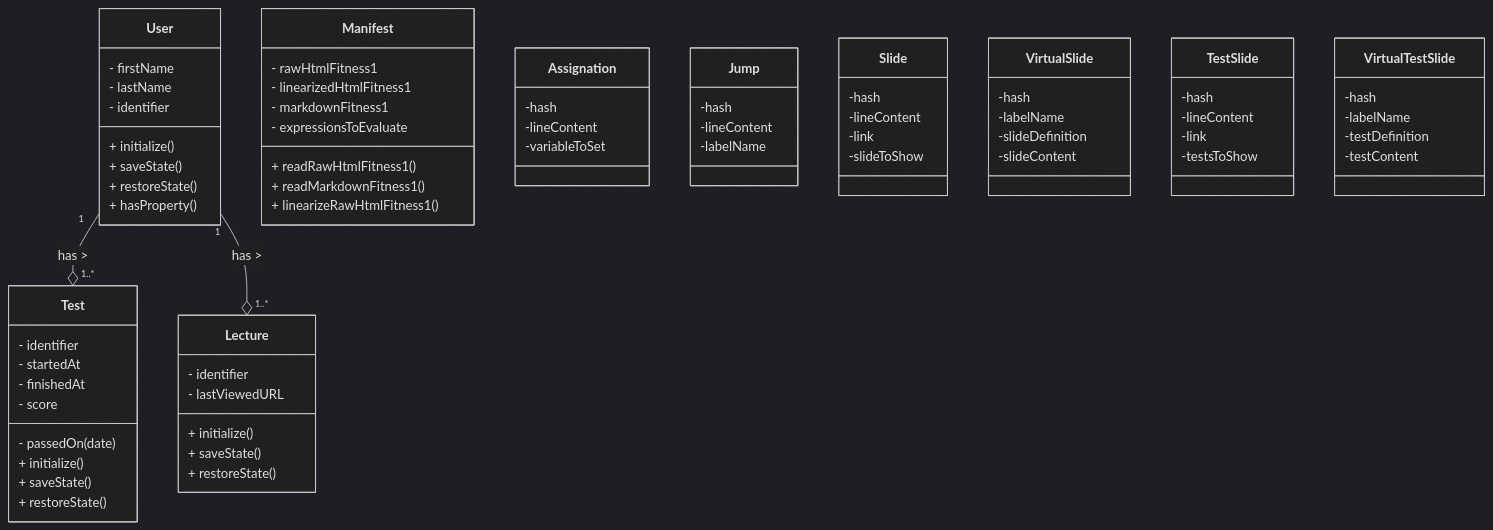
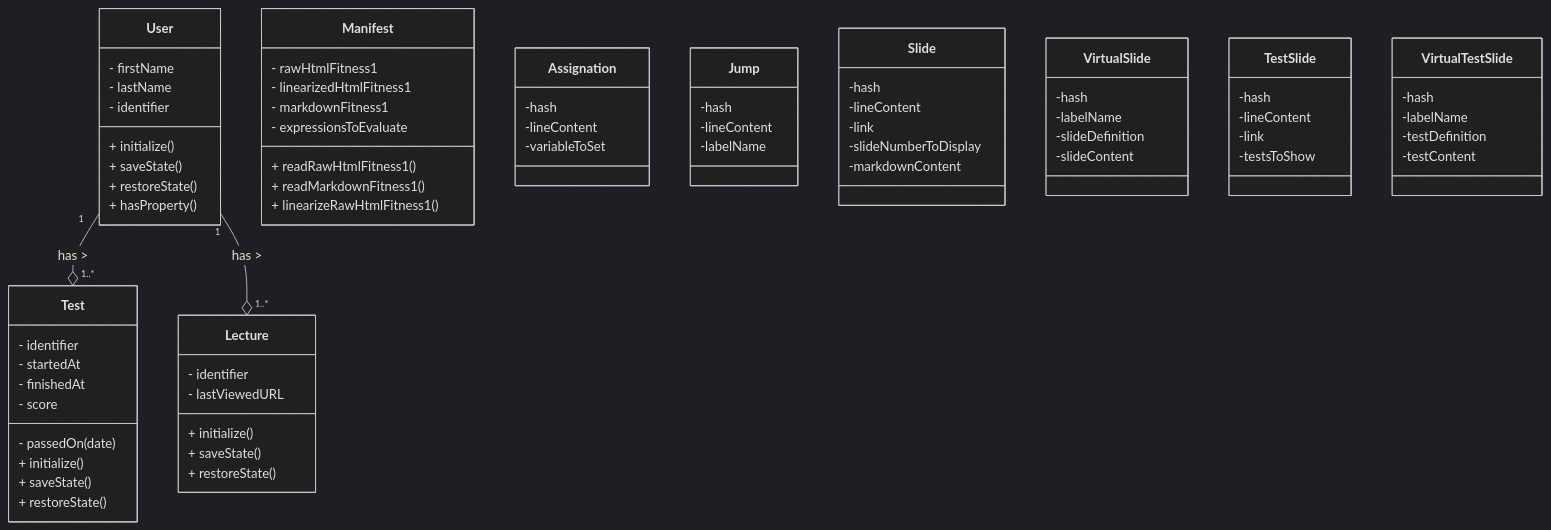
Before and after one commit to scours/fitness2: the diagram in lectures-archi/viewer/classDiagram.md, drawn with Mermaid (dark theme). The commit also changed 4 other files, not shown here.

```diff
--- a/lectures-archi/viewer/classDiagram.md
+++ b/lectures-archi/viewer/classDiagram.md
@@ -61,7 +61,8 @@
       -hash
       -lineContent
       -link
-      -slideToShow
+      -slideNumberToDisplay
+      -markdownContent
     }
 
     class VirtualSlide {
```
